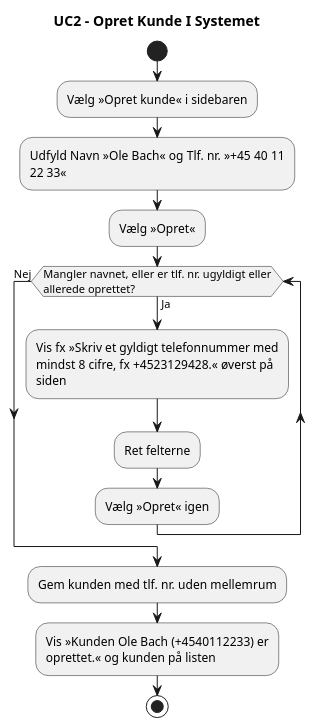
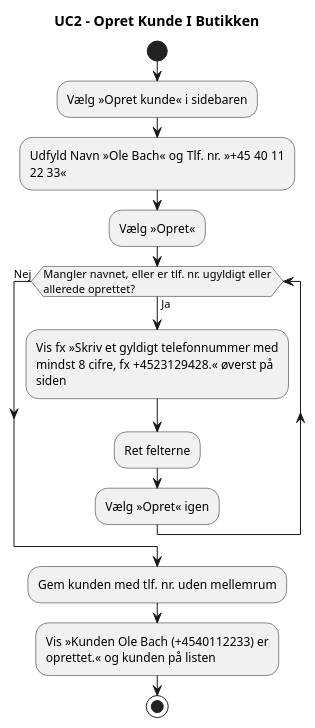
One commit to Zoabz/Getting-Real changed the diagram in 10. Userflow/UC2_opret_kunde.puml. Above: the diagram before and after it, drawn with PlantUML. The commit also changed other lines of this file and 45 other files, not shown here.

```diff
--- a/10. Userflow/UC2_opret_kunde.puml
+++ b/10. Userflow/UC2_opret_kunde.puml
@@ -2,19 +2,19 @@
 @startuml
-title UC2 - Opret Kunde I Systemet
+title UC2 - Opret Kunde I Butikken
 start
 :Vælg »Opret kunde« i sidebaren;
 :Udfyld Navn »Ole Bach« og Tlf. nr. »+45 40 11
 22 33«;
 :Vælg »Opret«;
 while (Mangler navnet, eller er tlf. nr. ugyldigt eller\nallerede oprettet?) is (Ja)
   :Vis fx »Skriv et gyldigt telefonnummer med
 mindst 8 cifre, fx +4523129428.« øverst på
 siden;
   :Ret felterne;
   :Vælg »Opret« igen;
 endwhile (Nej)
 :Gem kunden med tlf. nr. uden mellemrum;
 :Vis »Kunden Ole Bach (+4540112233) er
 oprettet.« og kunden på listen;
 stop
 @enduml
```
